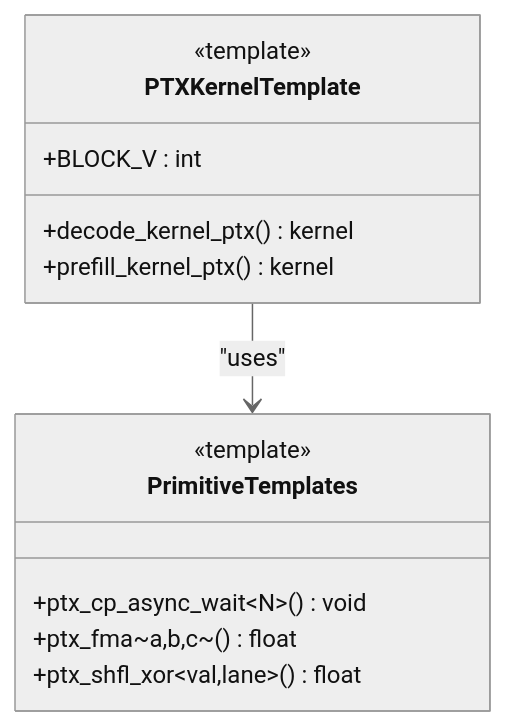
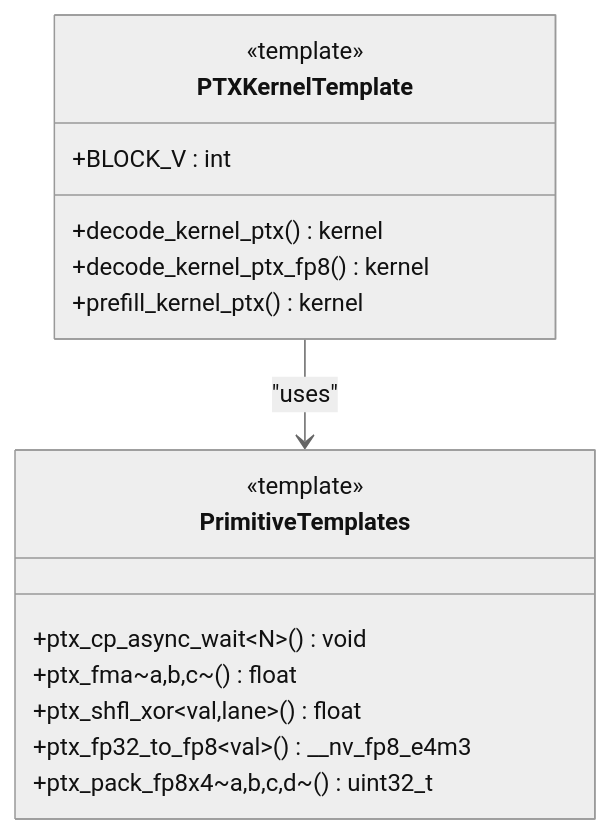
One commit to gugudeshubao/flashinfer-bench-tma-thrust changed diagram 11 of 12 in .qoder/repowiki/en/content/Core Kernels/PTX Inline Assembly Kernel Framework.md. Above: the diagram before and after it, drawn with Mermaid (neutral theme). The commit also changed other lines of this file and 7 other files, not shown here.

````diff
--- a/.qoder/repowiki/en/content/Core Kernels/PTX Inline Assembly Kernel Framework.md
+++ b/.qoder/repowiki/en/content/Core Kernels/PTX Inline Assembly Kernel Framework.md
@@ -353,16 +416,19 @@
 ```mermaid
 classDiagram
 class PTXKernelTemplate {
 <<template>>
 +BLOCK_V : int
 +decode_kernel_ptx() kernel
++decode_kernel_ptx_fp8() kernel
 +prefill_kernel_ptx() kernel
 }
 class PrimitiveTemplates {
 <<template>>
 +ptx_cp_async_wait~N~() void
 +ptx_fma~a,b,c~() float
 +ptx_shfl_xor~val,lane~() float
++ptx_fp32_to_fp8~val~() __nv_fp8_e4m3
++ptx_pack_fp8x4~a,b,c,d~() uint32_t
 }
 PTXKernelTemplate --> PrimitiveTemplates : "uses"
 ```
````
